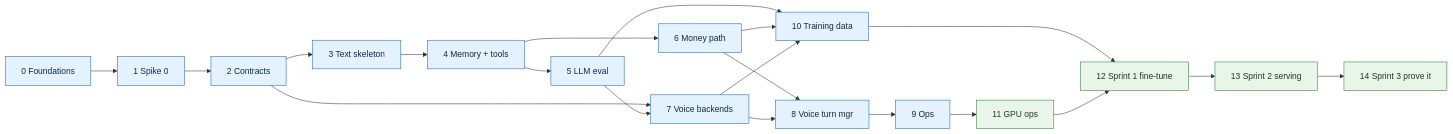
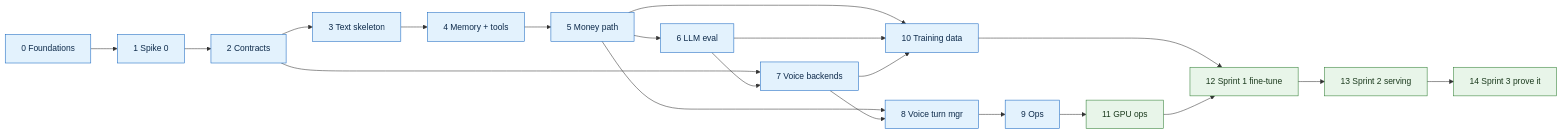
Before and after one commit to Analyst-Harsh/Fryday: the diagram in docs/plan/00-roadmap.md, drawn with Mermaid. The commit also changed other lines of this file and 14 other files, not shown here.

First line of the commit message:
docs(plan): apply roadmap review fixes

````diff
--- a/docs/plan/00-roadmap.md
+++ b/docs/plan/00-roadmap.md
@@ -63,27 +65,27 @@
 ```mermaid
 flowchart LR
     P0[0 Foundations] --> P1[1 Spike 0]
     P1 --> P2[2 Contracts]
     P2 --> P3[3 Text skeleton]
     P3 --> P4[4 Memory + tools]
-    P4 --> P5[5 LLM eval]
-    P4 --> P6[6 Money path]
+    P4 --> P5[5 Money path]
+    P5 --> P6[6 LLM eval]
     P2 --> P7[7 Voice backends]
-    P5 --> P7
-    P6 --> P8[8 Voice turn mgr]
+    P6 --> P7
+    P5 --> P8[8 Voice turn mgr]
     P7 --> P8
     P8 --> P9[9 Ops]
     P5 --> P10[10 Training data]
     P6 --> P10
     P7 --> P10
     P9 --> P11[11 GPU ops]
     P10 --> P12[12 Sprint 1 fine-tune]
     P11 --> P12
     P12 --> P13[13 Sprint 2 serving]
     P13 --> P14[14 Sprint 3 prove it]
 
     classDef mac fill:#e3f2fd,stroke:#1565c0,color:#0d2a4a
     classDef gpu fill:#e8f5e9,stroke:#2e7d32,color:#1b3a1d
     class P0,P1,P2,P3,P4,P5,P6,P7,P8,P9,P10 mac
     class P11,P12,P13,P14 gpu
 ```
````
